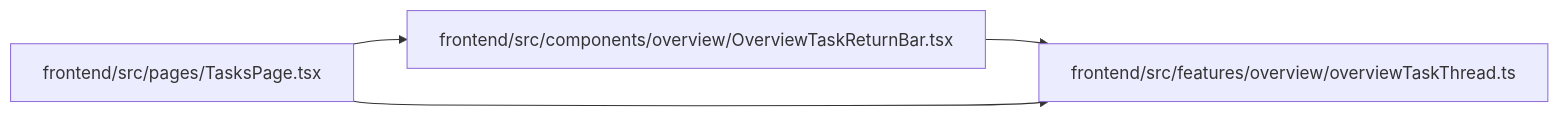
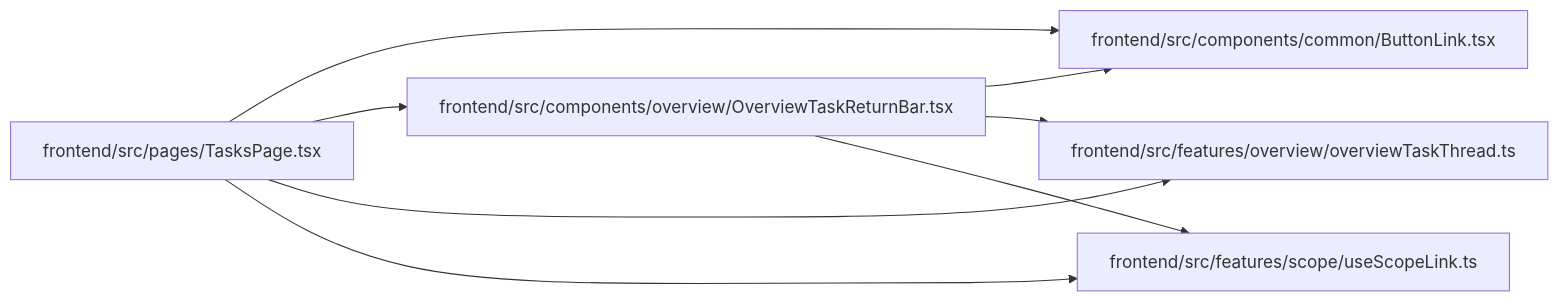
One commit to Denissvgn/WorkChord changed the diagram in docs/llm_wiki/modules/OverviewTaskReturnBar.md. Above: the diagram before and after it, drawn with Mermaid. The commit also changed other lines of this file and 2373 other files, not shown here.

````diff
--- a/docs/llm_wiki/modules/OverviewTaskReturnBar.md
+++ b/docs/llm_wiki/modules/OverviewTaskReturnBar.md
@@ -28,12 +29,20 @@
 ```mermaid
 flowchart LR
-    n0["frontend/src/components/overview/OverviewTaskReturnBar.tsx"]
-    n1["frontend/src/features/overview/overviewTaskThread.ts"]
-    n2["frontend/src/pages/TasksPage.tsx"]
-    n0 --> n1
-    n2 --> n0
-    n2 --> n1
-    click n0 "../modules/OverviewTaskReturnBar.md"
-    click n1 "../modules/overviewTaskThread.md"
-    click n2 "../modules/TasksPage.md"
+    n0["frontend/src/components/common/ButtonLink.tsx"]
+    n1["frontend/src/components/overview/OverviewTaskReturnBar.tsx"]
+    n2["frontend/src/features/overview/overviewTaskThread.ts"]
+    n3["frontend/src/features/scope/useScopeLink.ts"]
+    n4["frontend/src/pages/TasksPage.tsx"]
+    n1 --> n0
+    n1 --> n2
+    n1 --> n3
+    n4 --> n0
+    n4 --> n1
+    n4 --> n2
+    n4 --> n3
+    click n0 "../modules/ButtonLink.md"
+    click n1 "../modules/OverviewTaskReturnBar.md"
+    click n2 "../modules/overviewTaskThread.md"
+    click n3 "../modules/useScopeLink.md"
+    click n4 "../modules/TasksPage.md"
 ```
````
